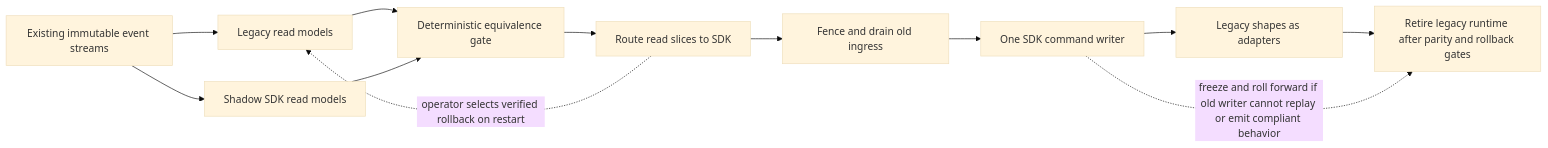
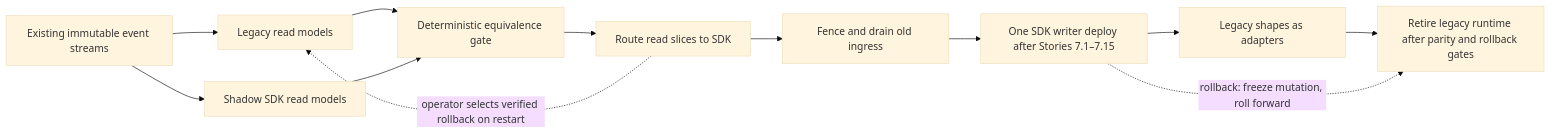
Before and after one commit to Hexalith/Hexalith.Projects: the third of 4 diagrams in _bmad-output/planning-artifacts/architecture/architecture-projects-2026-07-15/ARCHITECTURE-SPINE.md, drawn with Mermaid (base theme). The commit also changed other lines of this file and 6 other files, not shown here.

Commit message:
fix: submodules and architecture

````diff
--- a/_bmad-output/planning-artifacts/architecture/architecture-projects-2026-07-15/ARCHITECTURE-SPINE.md
+++ b/_bmad-output/planning-artifacts/architecture/architecture-projects-2026-07-15/ARCHITECTURE-SPINE.md
@@ -247,14 +253,14 @@
 ```mermaid
 flowchart LR
     Events["Existing immutable event streams"] --> OldRead["Legacy read models"]
     Events --> Shadow["Shadow SDK read models"]
     OldRead --> Compare["Deterministic equivalence gate"]
     Shadow --> Compare
     Compare --> ReadCutover["Route read slices to SDK"]
     ReadCutover --> Fence["Fence and drain old ingress"]
-    Fence --> Writer["One SDK command writer"]
+    Fence --> Writer["One SDK writer deploy after Stories 7.1–7.15"]
     Writer --> Adapters["Legacy shapes as adapters"]
     Adapters --> Retirement["Retire legacy runtime after parity and rollback gates"]
     ReadCutover -. operator selects verified rollback on restart .-> OldRead
-    Writer -. freeze and roll forward if old writer cannot replay or emit compliant behavior .-> Retirement
+    Writer -. "rollback: freeze mutation, roll forward" .-> Retirement
 ```
````
